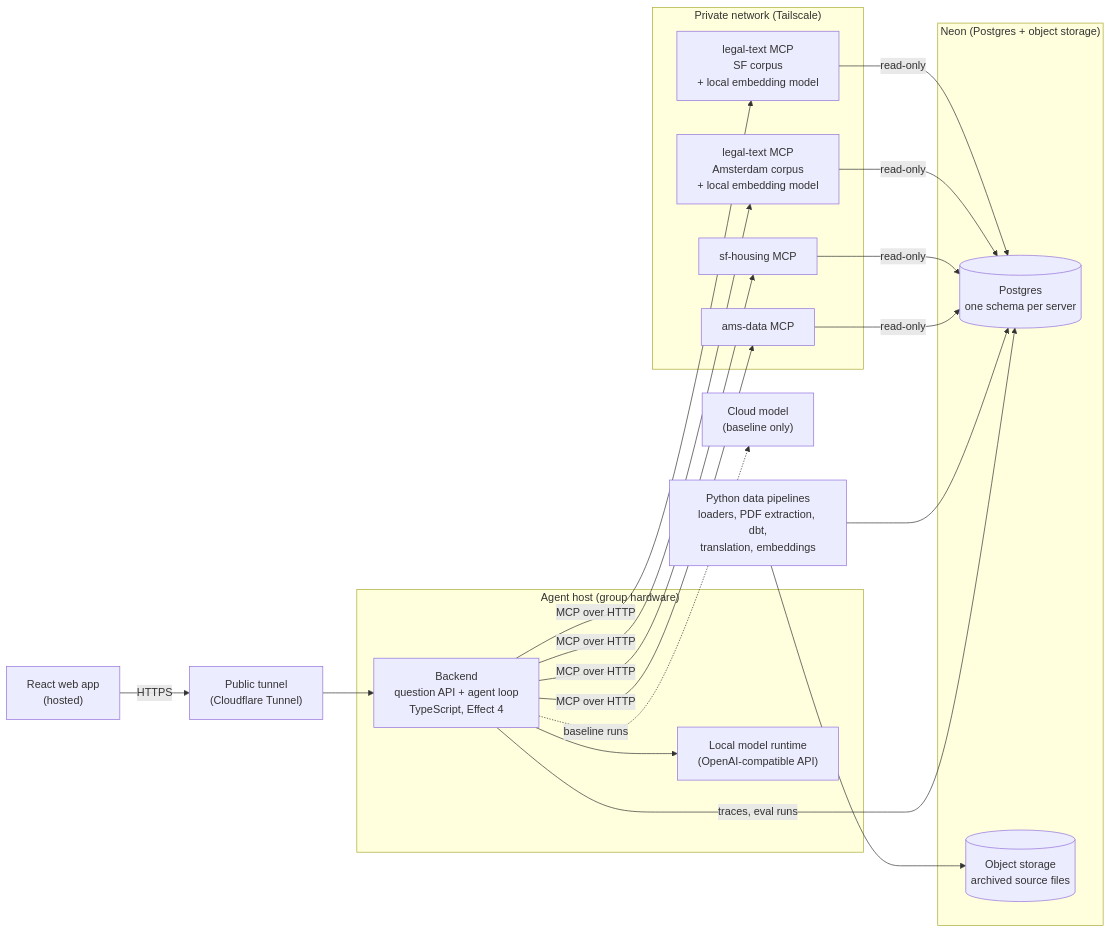
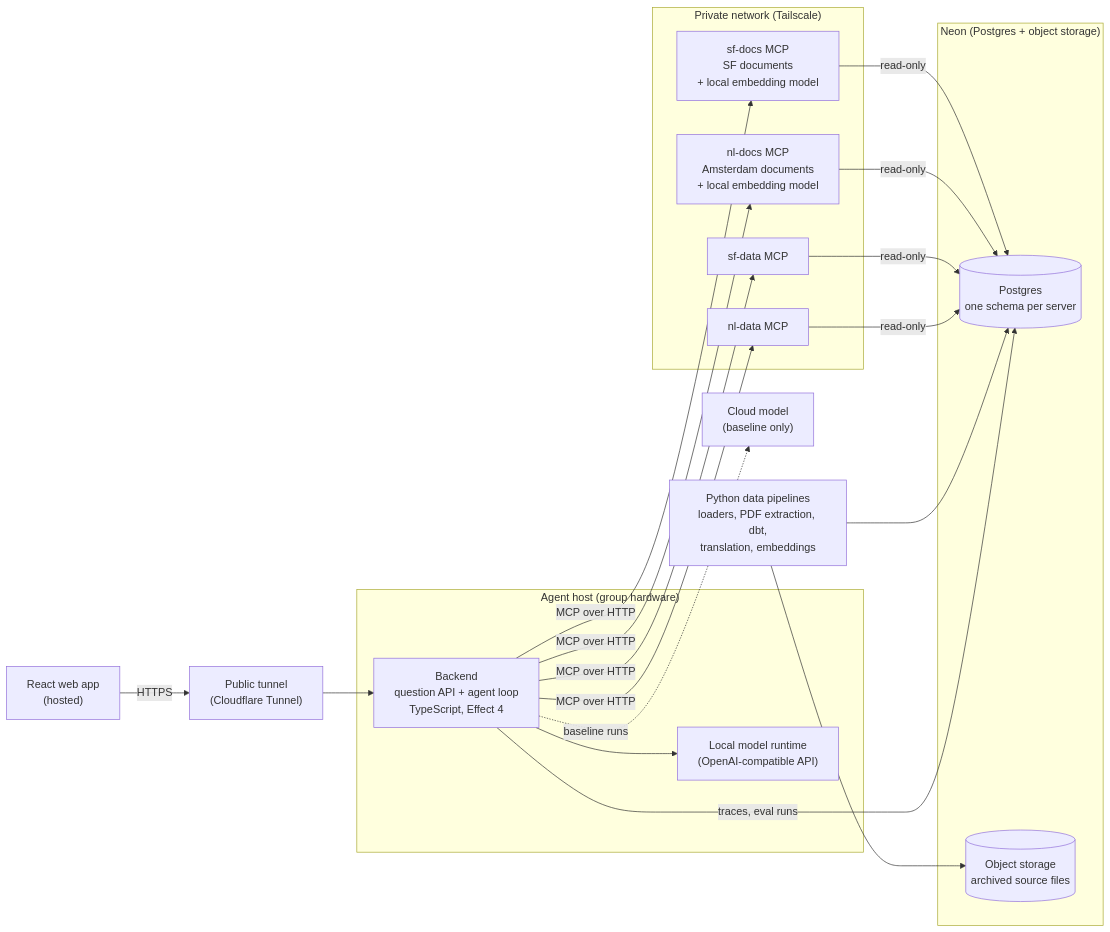
One commit to mollyegibson/policy-huis changed the diagram in docs/plans/mvp-technical-plan.md. Above: the diagram before and after it, drawn with Mermaid. The commit also changed other lines of this file and 278 other files, not shown here.

````diff
--- a/docs/plans/mvp-technical-plan.md
+++ b/docs/plans/mvp-technical-plan.md
@@ -39,35 +39,35 @@
 ```mermaid
 flowchart LR
     web["React web app<br/>(hosted)"]
     tunnel["Public tunnel<br/>(Cloudflare Tunnel)"]
 
     subgraph host["Agent host (group hardware)"]
         agent["Backend<br/>question API + agent loop<br/>TypeScript, Effect 4"]
         llm["Local model runtime<br/>(OpenAI-compatible API)"]
     end
 
     cloud["Cloud model<br/>(baseline only)"]
 
     subgraph mesh["Private network (Tailscale)"]
-        lt_sf["legal-text MCP<br/>SF corpus<br/>+ local embedding model"]
-        lt_ams["legal-text MCP<br/>Amsterdam corpus<br/>+ local embedding model"]
-        d_sf["sf-housing MCP"]
-        d_ams["ams-data MCP"]
+        lt_sf["sf-docs MCP<br/>SF documents<br/>+ local embedding model"]
+        lt_ams["nl-docs MCP<br/>Amsterdam documents<br/>+ local embedding model"]
+        d_sf["sf-data MCP"]
+        d_ams["nl-data MCP"]
     end
 
     subgraph neon["Neon (Postgres + object storage)"]
         pg[("Postgres<br/>one schema per server")]
         obj[("Object storage<br/>archived source files")]
     end
 
     pipe["Python data pipelines<br/>loaders, PDF extraction, dbt,<br/>translation, embeddings"]
 
     web -- HTTPS --> tunnel --> agent
     agent --> llm
     agent -. baseline runs .-> cloud
     agent -- MCP over HTTP --> lt_sf & lt_ams & d_sf & d_ams
     lt_sf & lt_ams & d_sf & d_ams -- read-only --> pg
     pipe --> obj
     pipe --> pg
     agent -- traces, eval runs --> pg
 ```
````
